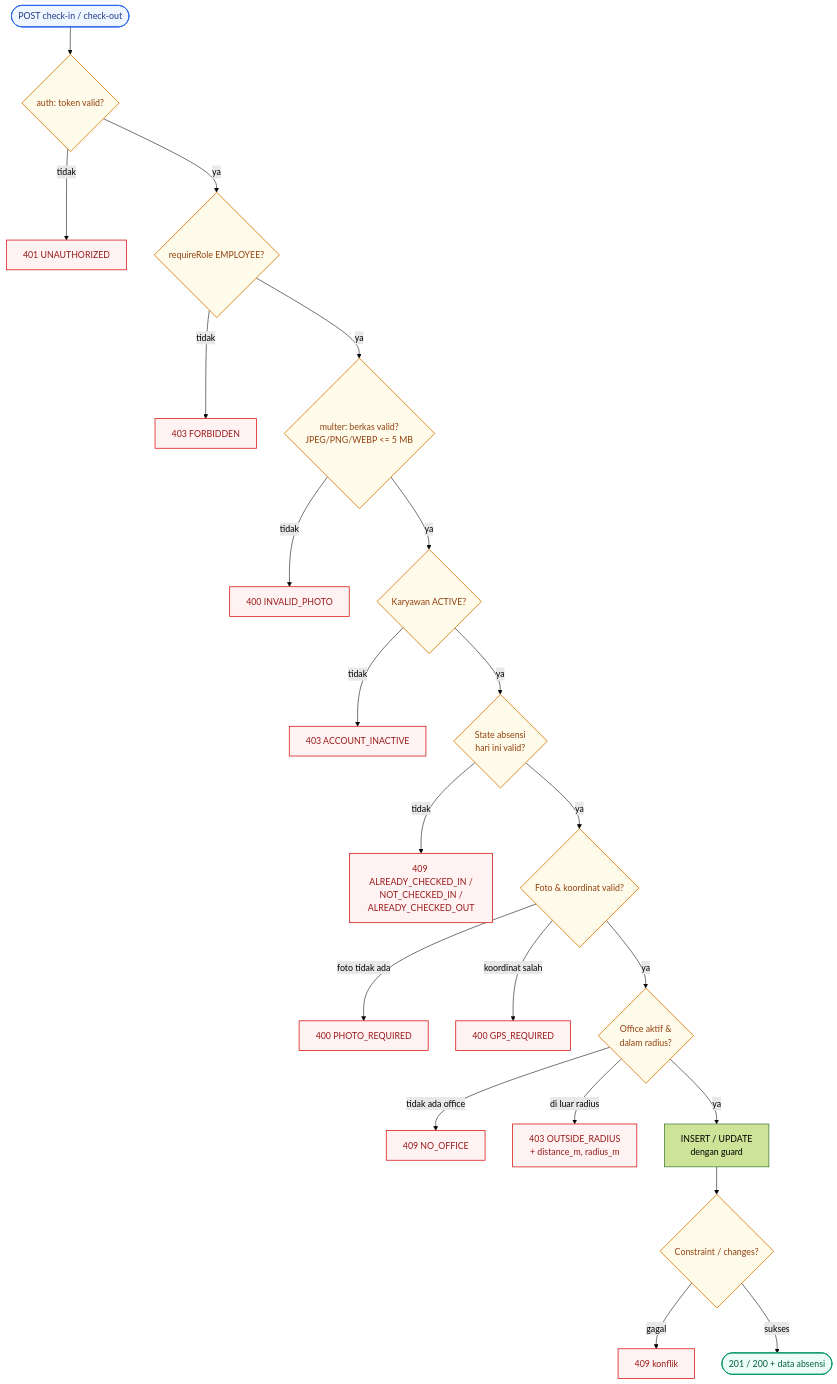
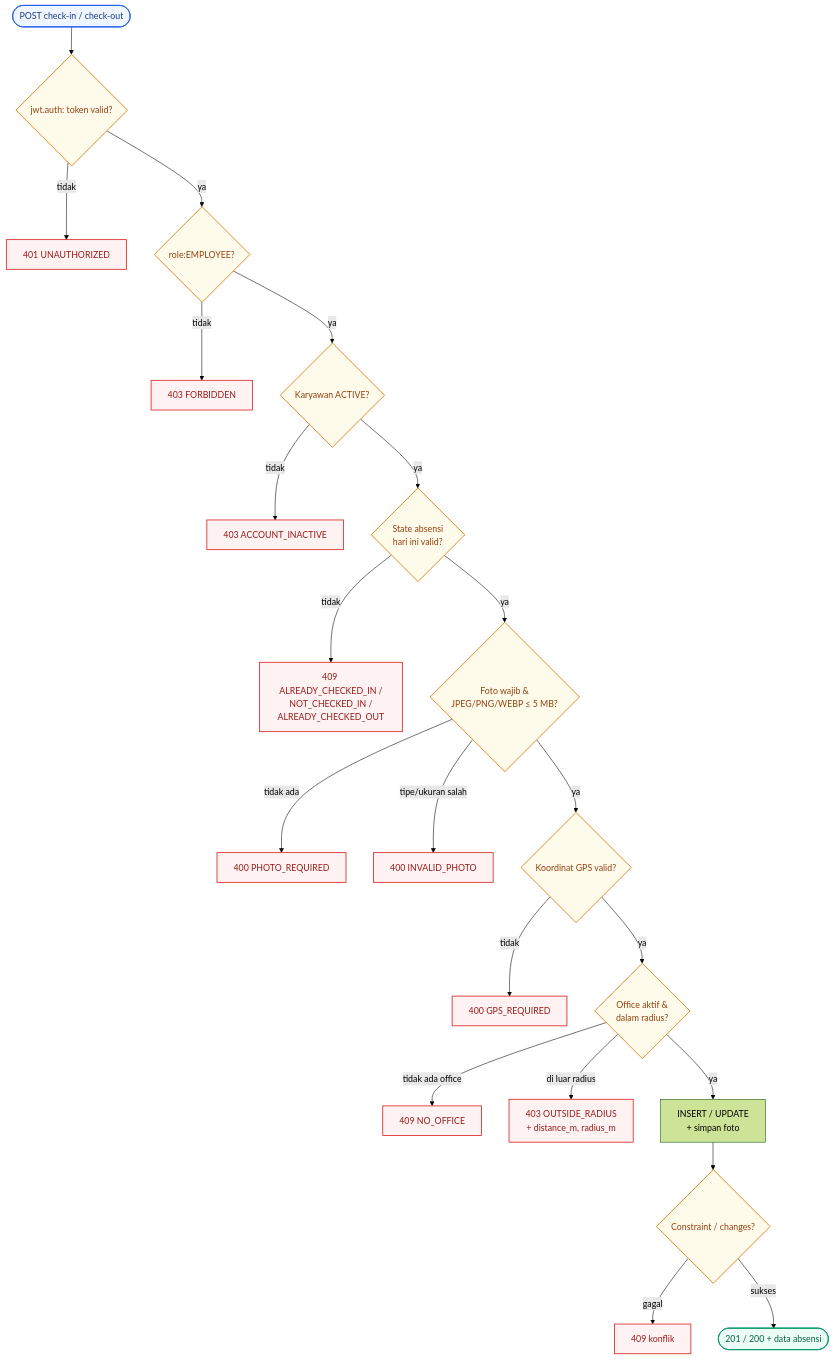
The fourth of 11 diagrams in docs/project-a/05-Flowchart.md (faizmarwan2/Project1), drawn with Mermaid (forest theme) before and after one commit. The commit also changed other lines of this file and 20 other files, not shown here.

````diff
--- a/docs/project-a/05-Flowchart.md
+++ b/docs/project-a/05-Flowchart.md
@@ -99,28 +99,28 @@
 ```mermaid
 flowchart TD
-    A(["POST check-in / check-out"]):::start --> B{"auth: token valid?"}:::gate
+    A(["POST check-in / check-out"]):::start --> B{"jwt.auth: token valid?"}:::gate
     B -- "tidak" --> X1["401 UNAUTHORIZED"]:::err
-    B -- "ya" --> C{"requireRole EMPLOYEE?"}:::gate
+    B -- "ya" --> C{"role:EMPLOYEE?"}:::gate
     C -- "tidak" --> X2["403 FORBIDDEN"]:::err
-    C -- "ya" --> D{"multer: berkas valid?<br/>JPEG/PNG/WEBP <= 5 MB"}:::gate
-    D -- "tidak" --> X3["400 INVALID_PHOTO"]:::err
-    D -- "ya" --> E{"Karyawan ACTIVE?"}:::gate
+    C -- "ya" --> E{"Karyawan ACTIVE?"}:::gate
     E -- "tidak" --> X4["403 ACCOUNT_INACTIVE"]:::err
     E -- "ya" --> F{"State absensi<br/>hari ini valid?"}:::gate
     F -- "tidak" --> X5["409 ALREADY_CHECKED_IN /<br/>NOT_CHECKED_IN /<br/>ALREADY_CHECKED_OUT"]:::err
-    F -- "ya" --> G{"Foto & koordinat valid?"}:::gate
-    G -- "foto tidak ada" --> X6["400 PHOTO_REQUIRED"]:::err
-    G -- "koordinat salah" --> X7["400 GPS_REQUIRED"]:::err
-    G -- "ya" --> H{"Office aktif &<br/>dalam radius?"}:::gate
+    F -- "ya" --> G{"Foto wajib &<br/>JPEG/PNG/WEBP ≤ 5 MB?"}:::gate
+    G -- "tidak ada" --> X6["400 PHOTO_REQUIRED"]:::err
+    G -- "tipe/ukuran salah" --> X3["400 INVALID_PHOTO"]:::err
+    G -- "ya" --> G2{"Koordinat GPS valid?"}:::gate
+    G2 -- "tidak" --> X7["400 GPS_REQUIRED"]:::err
+    G2 -- "ya" --> H{"Office aktif &<br/>dalam radius?"}:::gate
     H -- "tidak ada office" --> X8["409 NO_OFFICE"]:::err
     H -- "di luar radius" --> X9["403 OUTSIDE_RADIUS<br/>+ distance_m, radius_m"]:::err
-    H -- "ya" --> I["INSERT / UPDATE<br/>dengan guard"]
+    H -- "ya" --> I["INSERT / UPDATE<br/>+ simpan foto"]
     I --> J{"Constraint / changes?"}:::gate
     J -- "gagal" --> X10["409 konflik"]:::err
     J -- "sukses" --> K(["201 / 200 + data absensi"]):::ok
 
     classDef start fill:#eff6ff,stroke:#2563eb,color:#1e3a8a,stroke-width:1.5px;
     classDef gate fill:#fffbeb,stroke:#d97706,color:#92400e,stroke-width:1.5px;
     classDef err fill:#fef2f2,stroke:#dc2626,color:#991b1b,stroke-width:1.5px;
     classDef ok fill:#ecfdf5,stroke:#059669,color:#065f46,stroke-width:1.5px;
 ```
````
